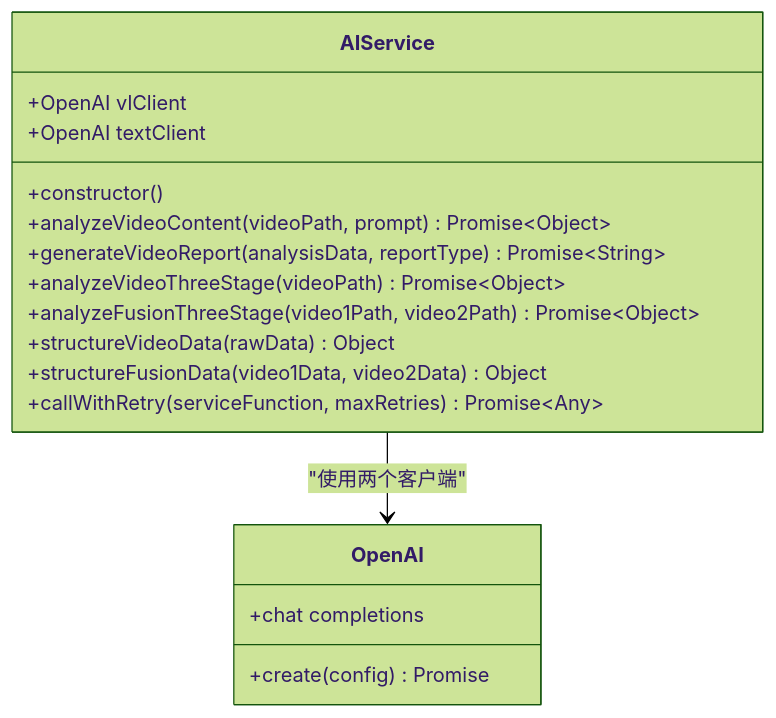
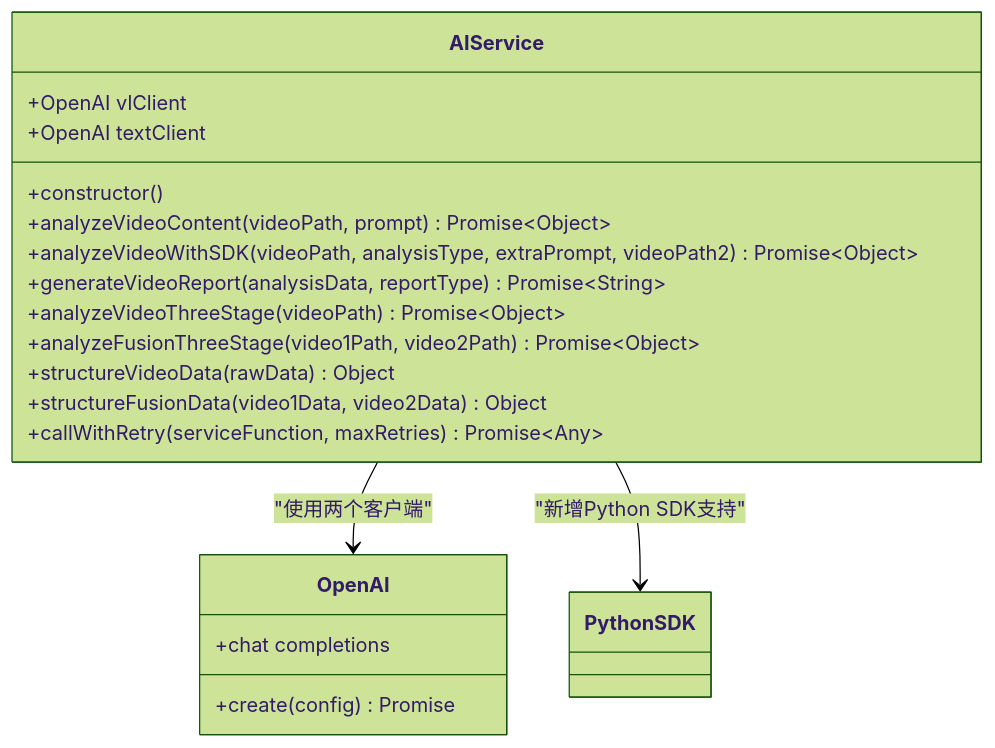
Before and after one commit to yuxiaoxiao2025/newvedio-project: the second of 11 diagrams in .qoder/repowiki/zh/content/后端架构/服务层设计/AI服务.md, drawn with Mermaid (forest theme). The commit also changed other lines of this file and 11 other files, not shown here.

````diff
--- a/.qoder/repowiki/zh/content/后端架构/服务层设计/AI服务.md
+++ b/.qoder/repowiki/zh/content/后端架构/服务层设计/AI服务.md
@@ -76,20 +89,22 @@
 ```mermaid
 classDiagram
 class AIService {
 +OpenAI vlClient
 +OpenAI textClient
 +constructor()
 +analyzeVideoContent(videoPath, prompt) Promise~Object~
++analyzeVideoWithSDK(videoPath, analysisType, extraPrompt, videoPath2) Promise~Object~
 +generateVideoReport(analysisData, reportType) Promise~String~
 +analyzeVideoThreeStage(videoPath) Promise~Object~
 +analyzeFusionThreeStage(video1Path, video2Path) Promise~Object~
 +structureVideoData(rawData) Object
 +structureFusionData(video1Data, video2Data) Object
 +callWithRetry(serviceFunction, maxRetries) Promise~Any~
 }
 class OpenAI {
 +chat completions
 +create(config) Promise
 }
 AIService --> OpenAI : "使用两个客户端"
+AIService --> PythonSDK : "新增Python SDK支持"
 ```
````
